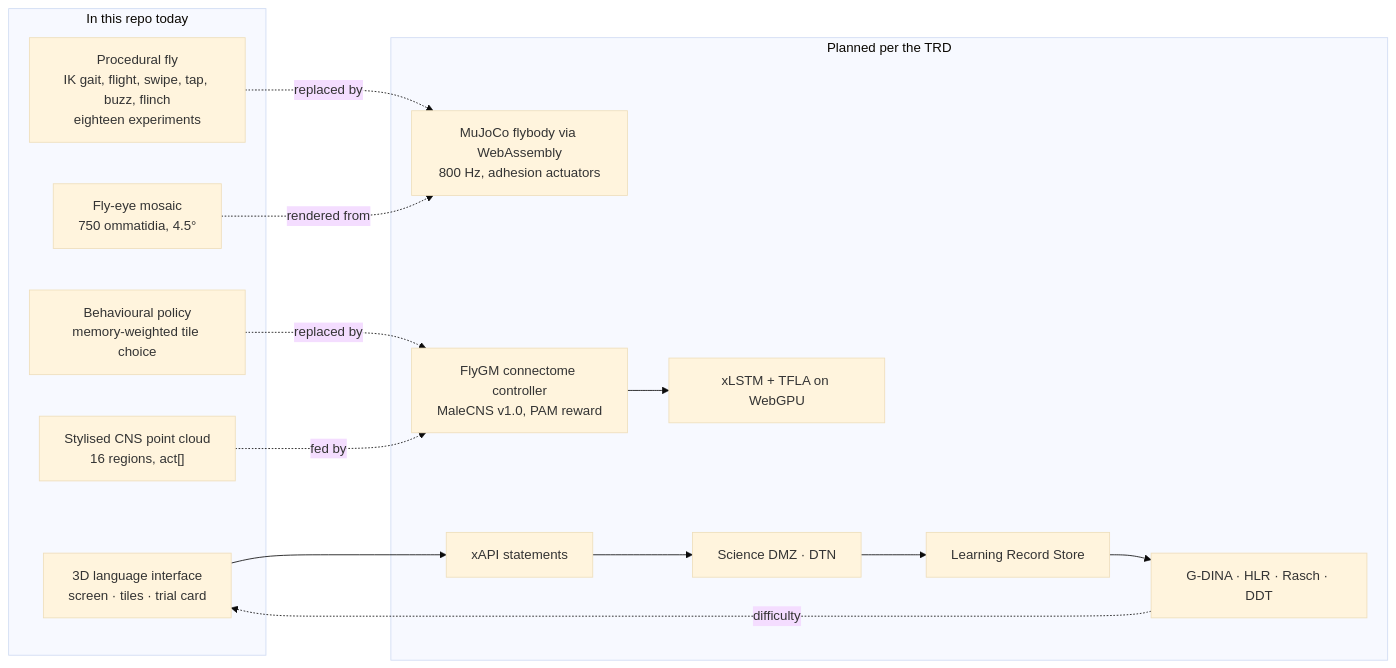
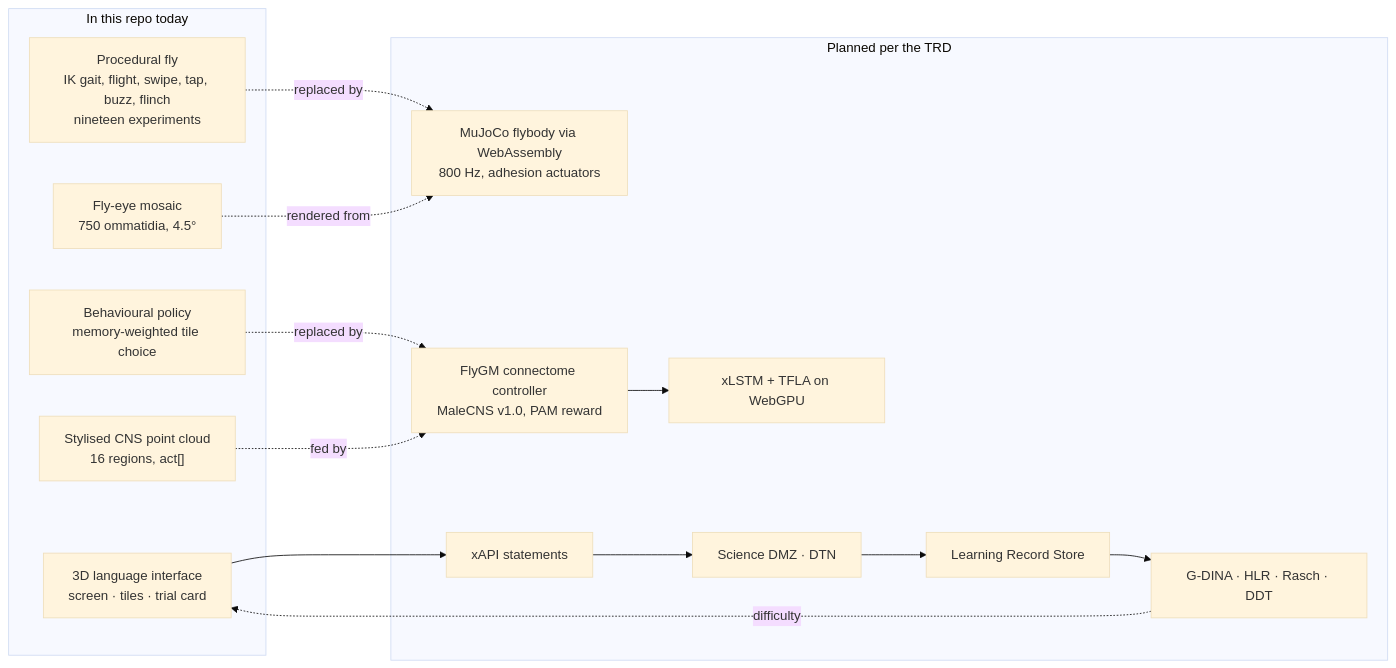
The fourth of 4 diagrams in README.md (jayrosen-design/fly-lingo), drawn with Mermaid (base theme) before and after one commit. The commit also changed other lines of this file and 11 other files, not shown here.

````diff
--- a/README.md
+++ b/README.md
@@ -613,26 +641,26 @@
 ```mermaid
 flowchart LR
   subgraph Now["In this repo today"]
     UI["3D language interface<br/>screen · tiles · trial card"]
-    FlyP["Procedural fly<br/>IK gait, flight, swipe, tap, buzz, flinch<br/>eighteen experiments"]
+    FlyP["Procedural fly<br/>IK gait, flight, swipe, tap, buzz, flinch<br/>nineteen experiments"]
     Policy["Behavioural policy<br/>memory-weighted tile choice"]
     BrainViz["Stylised CNS point cloud<br/>16 regions, act[]"]
     Eye["Fly-eye mosaic<br/>750 ommatidia, 4.5°"]
   end
   subgraph Planned["Planned per the TRD"]
     MuJoCo["MuJoCo flybody via WebAssembly<br/>800 Hz, adhesion actuators"]
     FlyGM["FlyGM connectome controller<br/>MaleCNS v1.0, PAM reward"]
     xLSTM["xLSTM + TFLA on WebGPU"]
     xAPI["xAPI statements"]
     DMZ["Science DMZ · DTN"]
     LRS["Learning Record Store"]
     Eval["G-DINA · HLR · Rasch · DDT"]
   end
   Policy -. replaced by .-> FlyGM
   FlyP -. replaced by .-> MuJoCo
   BrainViz -. fed by .-> FlyGM
   Eye -. rendered from .-> MuJoCo
   UI --> xAPI --> DMZ --> LRS --> Eval
   Eval -. difficulty .-> UI
   FlyGM --> xLSTM
 ```
````
